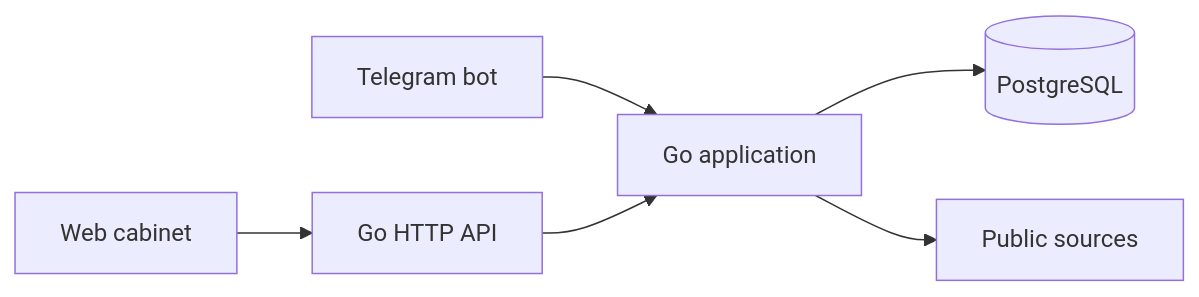
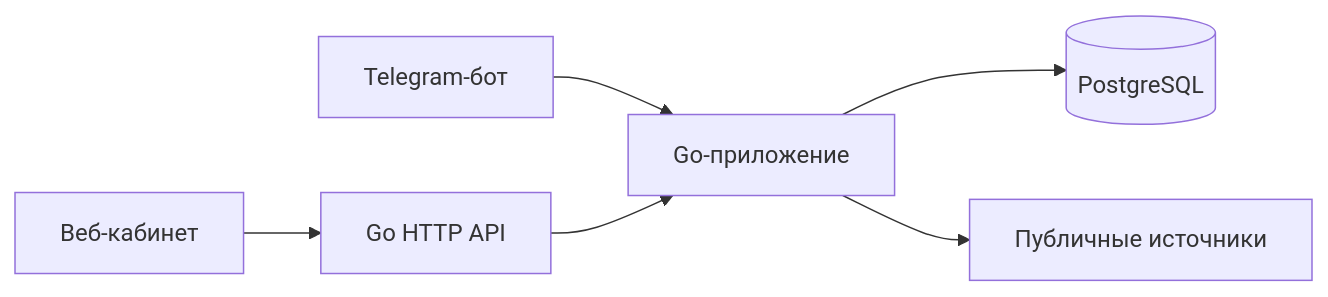
One commit to kkonstantin08/CareerRadar changed the diagram in README.md. Above: the diagram before and after it, drawn with Mermaid. The commit also changed other lines of this file and 1 other file, not shown here.

````diff
--- a/README.md
+++ b/README.md
@@ -22,8 +24,8 @@
 ```mermaid
 flowchart LR
-    Web[Web cabinet] --> API[Go HTTP API]
-    Telegram[Telegram bot] --> App[Go application]
+    Web[Веб-кабинет] --> API[Go HTTP API]
+    Telegram[Telegram-бот] --> App[Go-приложение]
     API --> App
     App --> DB[(PostgreSQL)]
-    App --> Sources[Public sources]
+    App --> Sources[Публичные источники]
 ```
````
